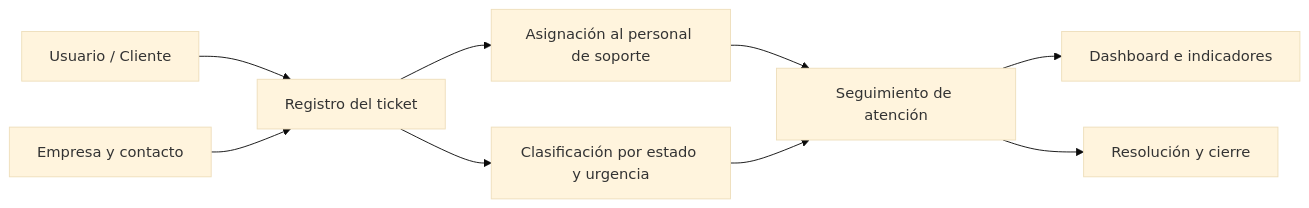
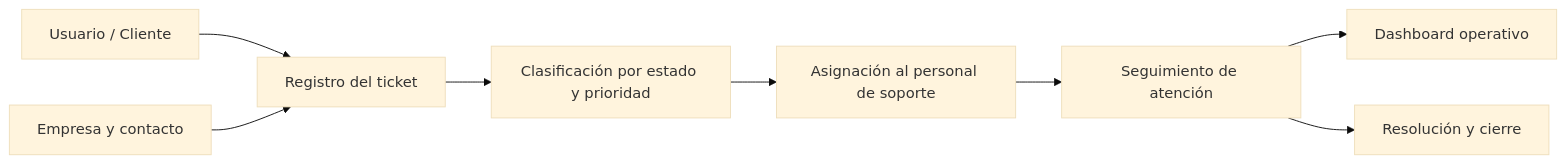
The diagram in README.md (JsilvaPro90/ticketera-helpdesk), drawn with Mermaid (base theme) before and after one commit. The commit also changed other lines of this file, not shown here.

Commit message:
Actualizar README profesional del proyecto

````diff
--- a/README.md
+++ b/README.md
@@ -50,11 +94,17 @@
 ```mermaid
 flowchart LR
-    A[Usuario / Cliente] --> B[Registro del ticket]
-    C[Empresa y contacto] --> B
-    B --> D[Clasificación por estado y urgencia]
-    B --> E[Asignación al personal de soporte]
-    E --> F[Seguimiento de atención]
-    D --> F
-    F --> G[Dashboard e indicadores]
-    F --> H[Resolución y cierre]
+
+A[Usuario / Cliente] --> B[Registro del ticket]
+
+C[Empresa y contacto] --> B
+
+B --> D[Clasificación por estado y prioridad]
+
+D --> E[Asignación al personal de soporte]
+
+E --> F[Seguimiento de atención]
+
+F --> G[Dashboard operativo]
+
+F --> H[Resolución y cierre]
 ```
````
